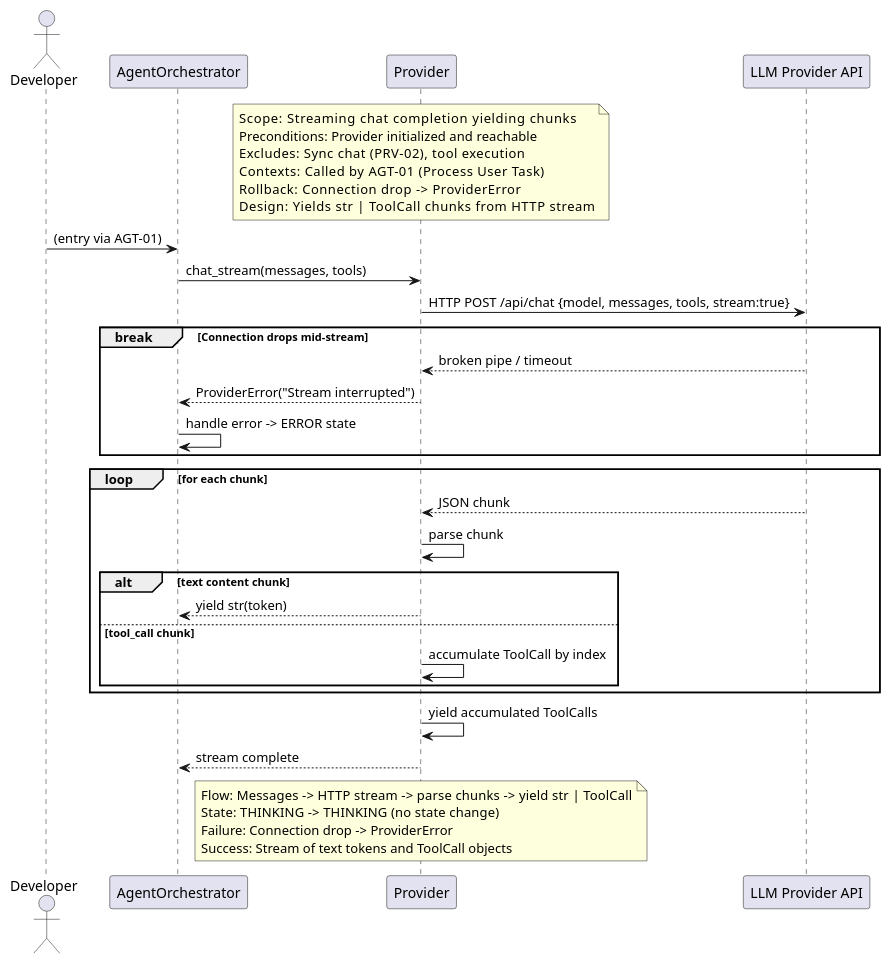
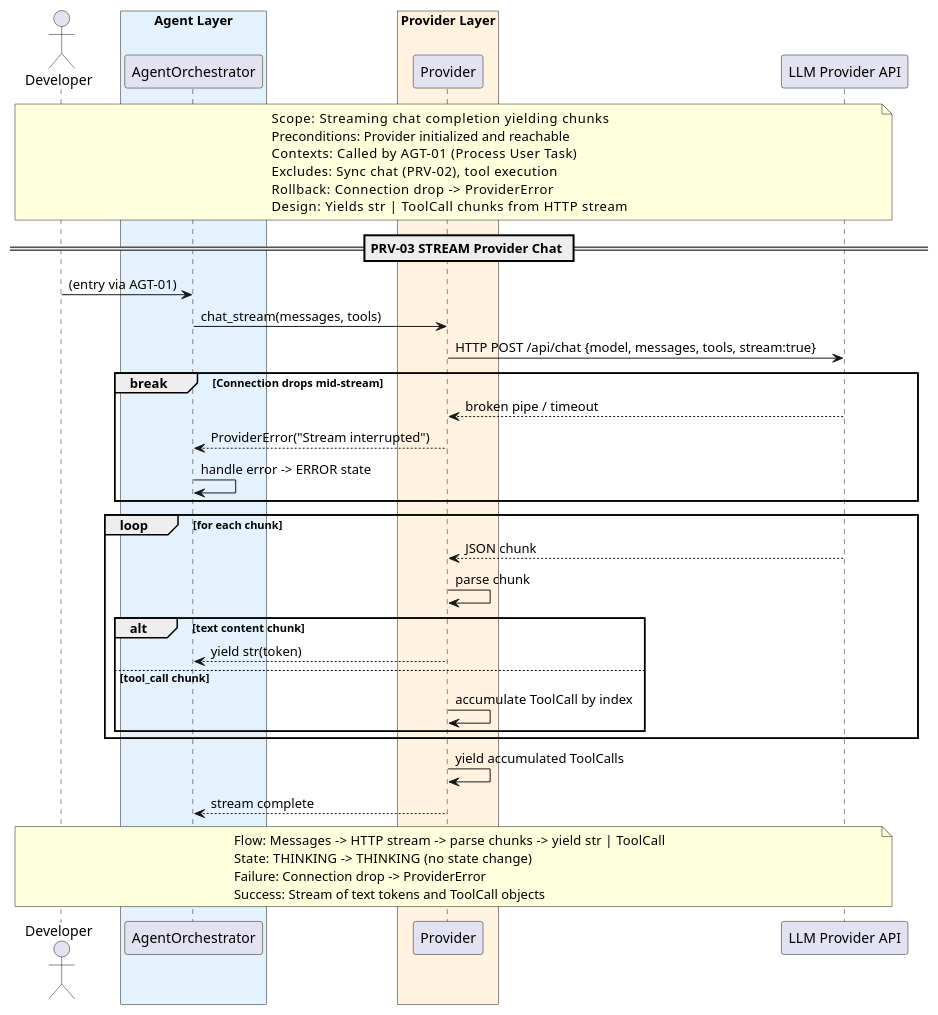
The diagram in docs/sq/PRV/sq_prv03_stream_provider_chat.puml (salimnamvar/nasim), drawn with PlantUML before and after one commit. The commit also changed 37 other files, not shown here.

First line of the commit message:
docs: Refactor and enhance SQ, CTX, LLM, PRV, SAF, SSN, and TL diagrams for clarity and consistency

```diff
--- a/docs/sq/PRV/sq_prv03_stream_provider_chat.puml
+++ b/docs/sq/PRV/sq_prv03_stream_provider_chat.puml
@@ -1,61 +1,63 @@
 @startuml sq_prv03_stream_provider_chat
 ' ============================================================
 ' Title:     PRV-03 — STREAM Provider Chat
 ' Boundary:  nasim code agent CLI
 ' Purpose:   Streaming LLM chat completion via provider abstraction
 ' Milestone: v1.0
 ' Version:   2.0.0
 ' Source:    docs/audit/audit_2026-06-20_capability-and-architecture.md
 ' Review:    —
 ' ============================================================
 
 actor "Developer" as user
-participant "AgentOrchestrator" as agent
-participant "Provider" as provider
+
+box "Agent Layer" #E3F2FD
+  participant "AgentOrchestrator" as agent
+end box
+box "Provider Layer" #FFF3E0
+  participant "Provider" as provider
+end box
 participant "LLM Provider API" as api
 
-box "Agent Layer" #E3F2FD
-end box
-box "Provider Layer" #FFF3E0
-end box
-
-note over provider
+note over user, api
   Scope:          Streaming chat completion yielding chunks
   Preconditions:  Provider initialized and reachable
+  Contexts:       Called by AGT-01 (Process User Task)
   Excludes:       Sync chat (PRV-02), tool execution
-  Contexts:       Called by AGT-01 (Process User Task)
   Rollback:       Connection drop -> ProviderError
   Design:         Yields str | ToolCall chunks from HTTP stream
 end note
+
+== PRV-03 STREAM Provider Chat ==
 
 user -> agent : (entry via AGT-01)
 agent -> provider : chat_stream(messages, tools)
 provider -> api : HTTP POST /api/chat {model, messages, tools, stream:true}
 
 break Connection drops mid-stream
     api --> provider : broken pipe / timeout
     provider --> agent : ProviderError("Stream interrupted")
     agent -> agent : handle error -> ERROR state
 end
 
 loop for each chunk
     api --> provider : JSON chunk
     provider -> provider : parse chunk
     alt text content chunk
         provider --> agent : yield str(token)
     else tool_call chunk
         provider -> provider : accumulate ToolCall by index
     end
 end
 
 provider -> provider : yield accumulated ToolCalls
 provider --> agent : stream complete
 
-note over provider
+note over user, api
   Flow:    Messages -> HTTP stream -> parse chunks -> yield str | ToolCall
   State:   THINKING -> THINKING (no state change)
   Failure: Connection drop -> ProviderError
   Success: Stream of text tokens and ToolCall objects
 end note
 
 @enduml
```
